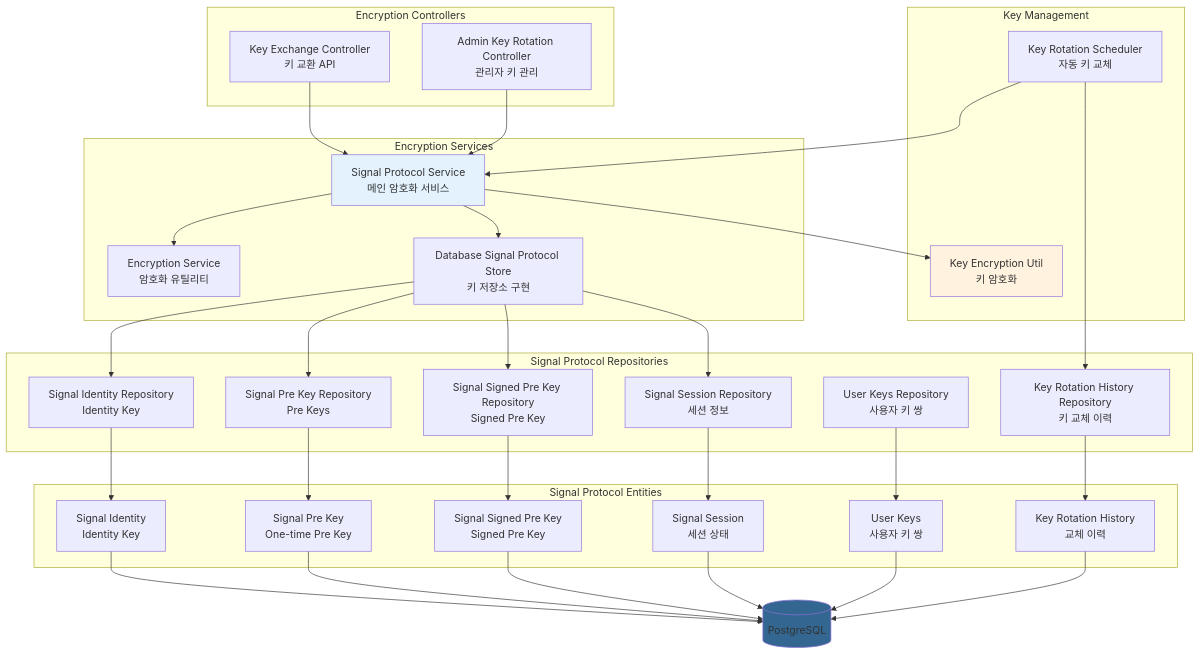
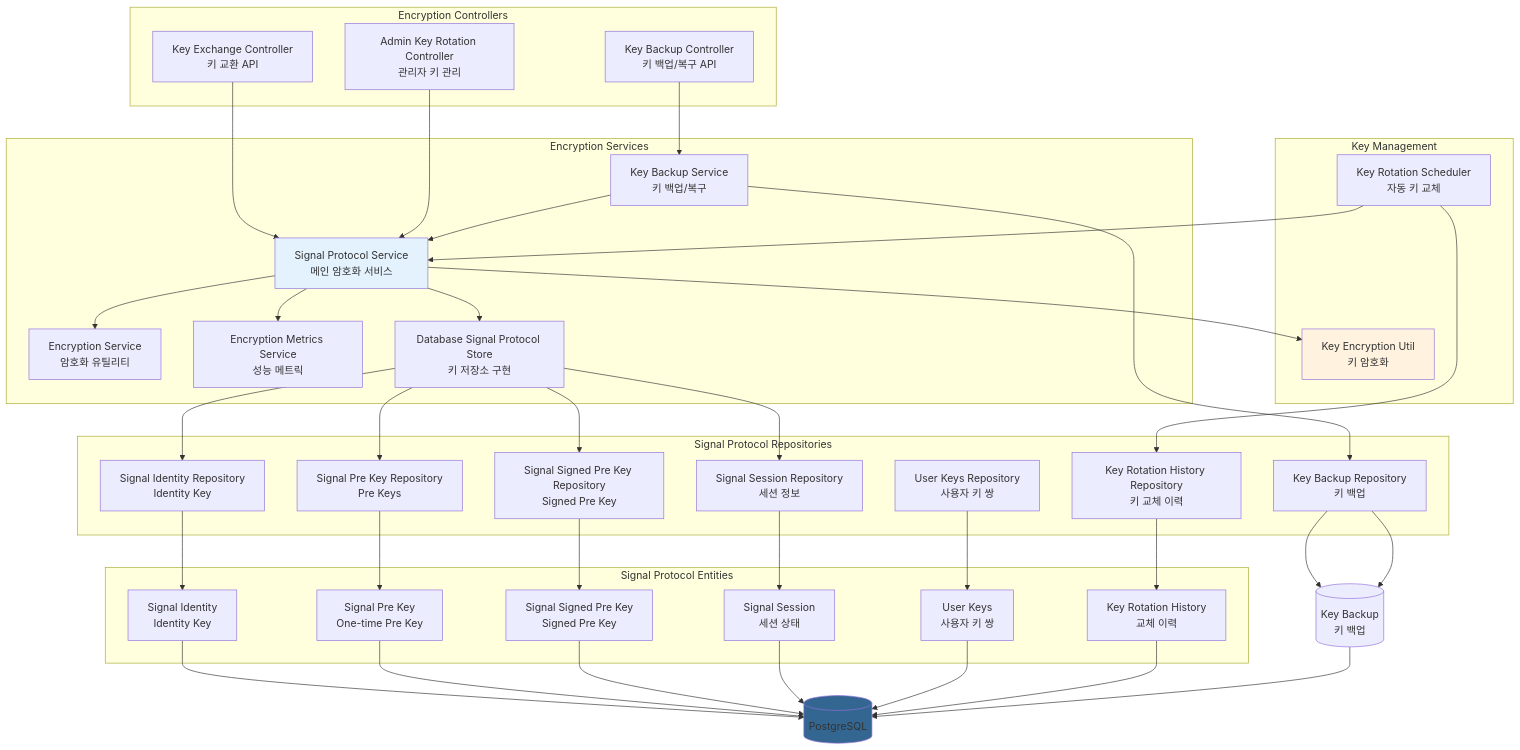
The tenth of 13 diagrams in documents/system-architecture-diagrams.md (SaraHan774/Cupid), drawn with Mermaid before and after one commit. The commit also changed other lines of this file and 7 other files, not shown here.

````diff
--- a/documents/system-architecture-diagrams.md
+++ b/documents/system-architecture-diagrams.md
@@ -577,69 +603,81 @@
 ```mermaid
 graph TB
     subgraph "Encryption Controllers"
         KeyExchangeController[Key Exchange Controller<br/>키 교환 API]
+        KeyBackupController[Key Backup Controller<br/>키 백업/복구 API]
         AdminKeyRotationController[Admin Key Rotation Controller<br/>관리자 키 관리]
     end
     
     subgraph "Encryption Services"
         SignalProtocolService[Signal Protocol Service<br/>메인 암호화 서비스]
         EncryptionService[Encryption Service<br/>암호화 유틸리티]
+        KeyBackupService[Key Backup Service<br/>키 백업/복구]
+        EncryptionMetricsService[Encryption Metrics Service<br/>성능 메트릭]
         DatabaseSignalProtocolStore[Database Signal Protocol Store<br/>키 저장소 구현]
     end
     
     subgraph "Key Management"
         KeyEncryptionUtil[Key Encryption Util<br/>키 암호화]
         KeyRotationScheduler[Key Rotation Scheduler<br/>자동 키 교체]
     end
     
     subgraph "Signal Protocol Repositories"
         SignalIdentityRepository[Signal Identity Repository<br/>Identity Key]
         SignalPreKeyRepository[Signal Pre Key Repository<br/>Pre Keys]
         SignalSignedPreKeyRepository[Signal Signed Pre Key Repository<br/>Signed Pre Key]
         SignalSessionRepository[Signal Session Repository<br/>세션 정보]
         UserKeysRepository[User Keys Repository<br/>사용자 키 쌍]
         KeyRotationHistoryRepository[Key Rotation History Repository<br/>키 교체 이력]
+        KeyBackupRepository[Key Backup Repository<br/>키 백업]
     end
     
     subgraph "Signal Protocol Entities"
         SignalIdentity[Signal Identity<br/>Identity Key]
         SignalPreKey[Signal Pre Key<br/>One-time Pre Key]
         SignalSignedPreKey[Signal Signed Pre Key<br/>Signed Pre Key]
         SignalSession[Signal Session<br/>세션 상태]
         UserKeys[User Keys<br/>사용자 키 쌍]
         KeyRotationHistory[Key Rotation History<br/>교체 이력]
     end
     
     KeyExchangeController --> SignalProtocolService
+    KeyBackupController --> KeyBackupService
     AdminKeyRotationController --> SignalProtocolService
     
     SignalProtocolService --> EncryptionService
     SignalProtocolService --> DatabaseSignalProtocolStore
     SignalProtocolService --> KeyEncryptionUtil
+    SignalProtocolService --> EncryptionMetricsService
+    KeyBackupService --> SignalProtocolService
+    KeyBackupService --> KeyBackupRepository
     
     DatabaseSignalProtocolStore --> SignalIdentityRepository
     DatabaseSignalProtocolStore --> SignalPreKeyRepository
     DatabaseSignalProtocolStore --> SignalSignedPreKeyRepository
     DatabaseSignalProtocolStore --> SignalSessionRepository
     
     KeyRotationScheduler --> SignalProtocolService
     KeyRotationScheduler --> KeyRotationHistoryRepository
     
+    KeyBackupRepository --> KeyBackup[(Key Backup<br/>키 백업)]
+    
     SignalIdentityRepository --> SignalIdentity
     SignalPreKeyRepository --> SignalPreKey
     SignalSignedPreKeyRepository --> SignalSignedPreKey
     SignalSessionRepository --> SignalSession
     UserKeysRepository --> UserKeys
     KeyRotationHistoryRepository --> KeyRotationHistory
+    KeyBackupRepository --> KeyBackup
     
     SignalIdentity --> PostgreSQL[(PostgreSQL)]
     SignalPreKey --> PostgreSQL
     SignalSignedPreKey --> PostgreSQL
     SignalSession --> PostgreSQL
     UserKeys --> PostgreSQL
     KeyRotationHistory --> PostgreSQL
+    KeyBackup --> PostgreSQL
     
     style SignalProtocolService fill:#e3f2fd
     style KeyEncryptionUtil fill:#fff3e0
     style PostgreSQL fill:#336791
 ```
````
